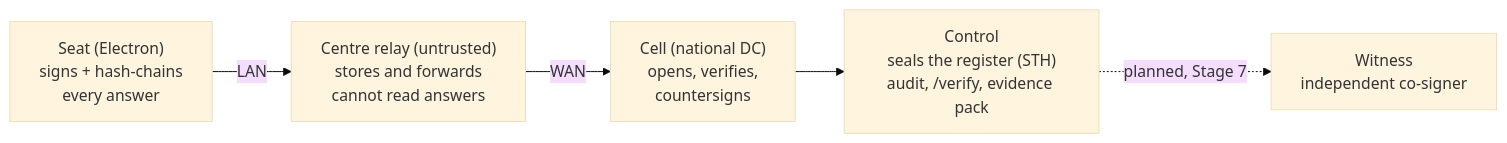
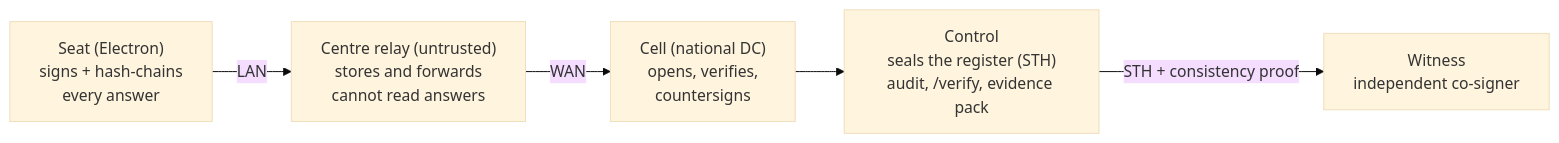
Before and after one commit to anirudh12032008/saakshi: the diagram in README.md, drawn with Mermaid (base theme). The commit also changed other lines of this file and 3 other files, not shown here.

````diff
--- a/README.md
+++ b/README.md
@@ -15,7 +15,7 @@
 ```mermaid
 flowchart LR
     Seat["Seat (Electron)\nsigns + hash-chains\nevery answer"] -- LAN --> Relay["Centre relay (untrusted)\nstores and forwards\ncannot read answers"]
     Relay -- WAN --> Cell["Cell (national DC)\nopens, verifies,\ncountersigns"]
     Cell --> Control["Control\nseals the register (STH)\naudit, /verify, evidence pack"]
-    Control -. planned, Stage 7 .-> Witness["Witness\nindependent co-signer"]
+    Control -- STH + consistency proof --> Witness["Witness\nindependent co-signer"]
 ```
````
